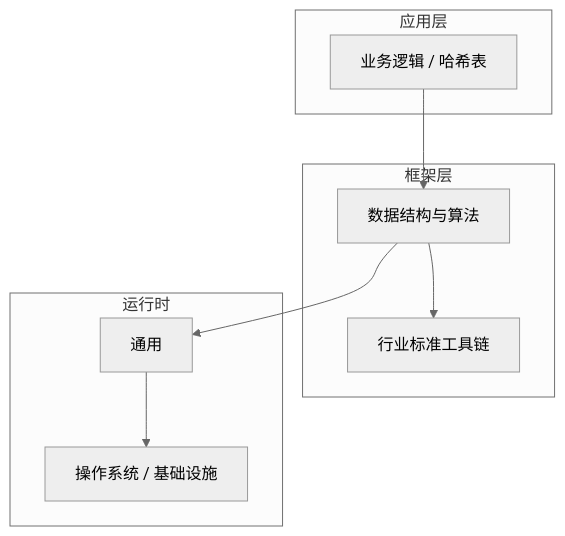
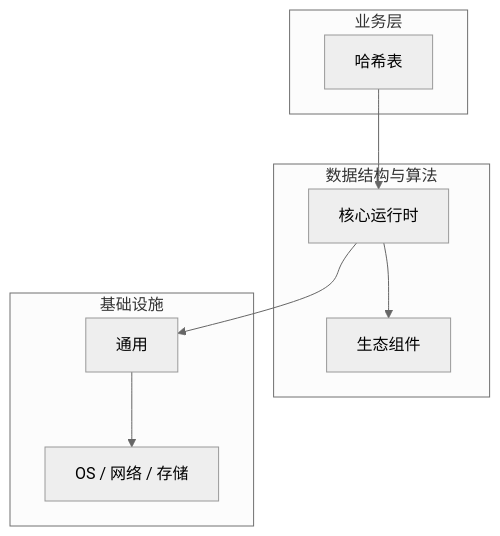
One commit to yanggan2015/knowledge-json-v2 changed the diagram in articles/数据结构与算法/chapters/055-哈希表核心概念与原理.md. Above: the diagram before and after it, drawn with Mermaid (neutral theme). The commit also changed other lines of this file and 10127 other files, not shown here.

````diff
--- a/articles/数据结构与算法/chapters/055-哈希表核心概念与原理.md
+++ b/articles/数据结构与算法/chapters/055-哈希表核心概念与原理.md
@@ -45,18 +30,18 @@
 ```mermaid
 graph TB
-    subgraph 应用层
-        A[业务逻辑 / 哈希表]
+    subgraph 业务层
+        A[哈希表]
     end
-    subgraph 框架层
-        B[数据结构与算法]
-        C[行业标准工具链]
+    subgraph 数据结构与算法
+        B[核心运行时]
+        C[生态组件]
     end
-    subgraph 运行时
+    subgraph 基础设施
         D[通用]
-        E[操作系统 / 基础设施]
+        E[OS / 网络 / 存储]
     end
     A --> B
     B --> C
     B --> D
     D --> E
 ```
````
